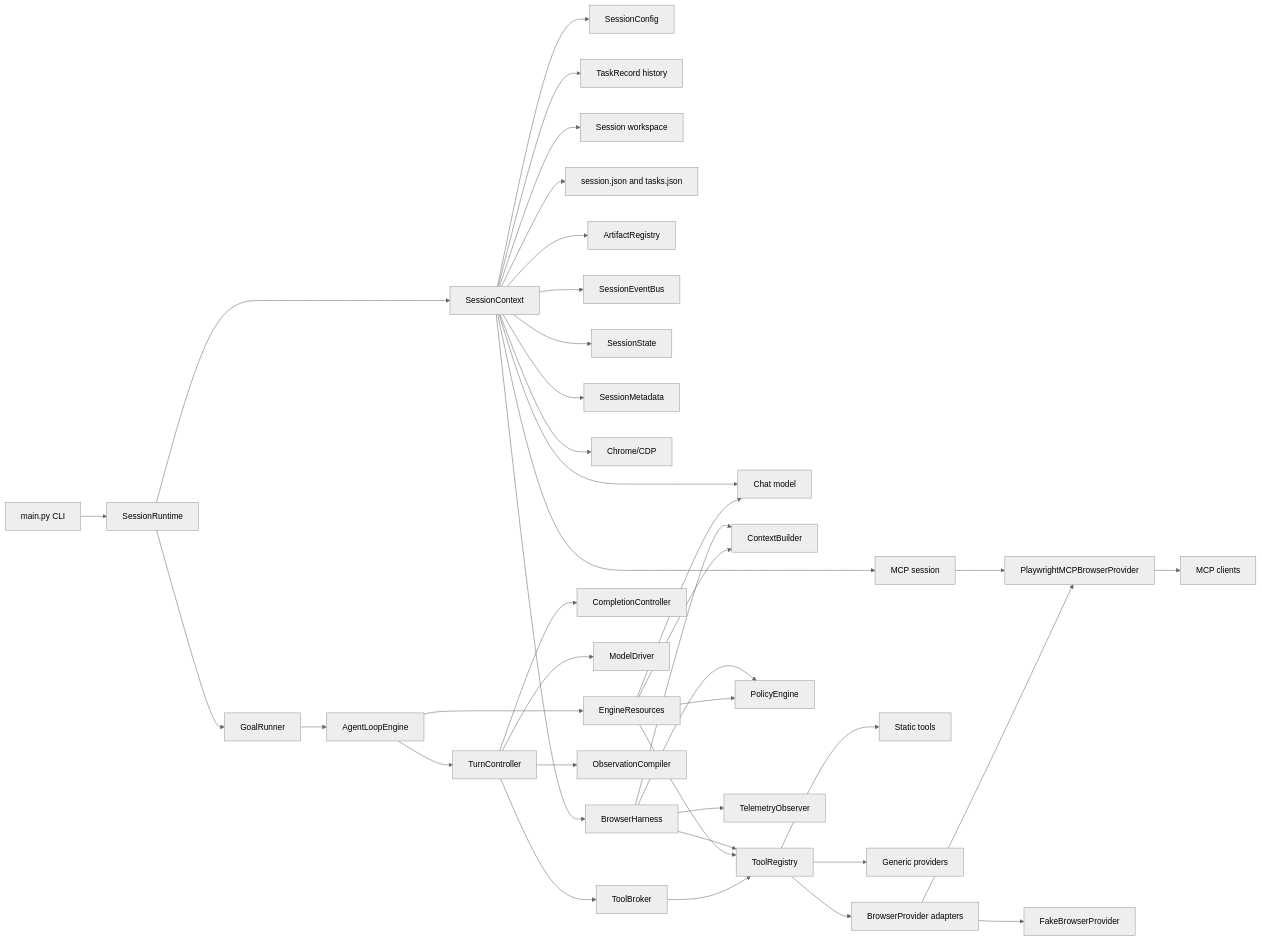
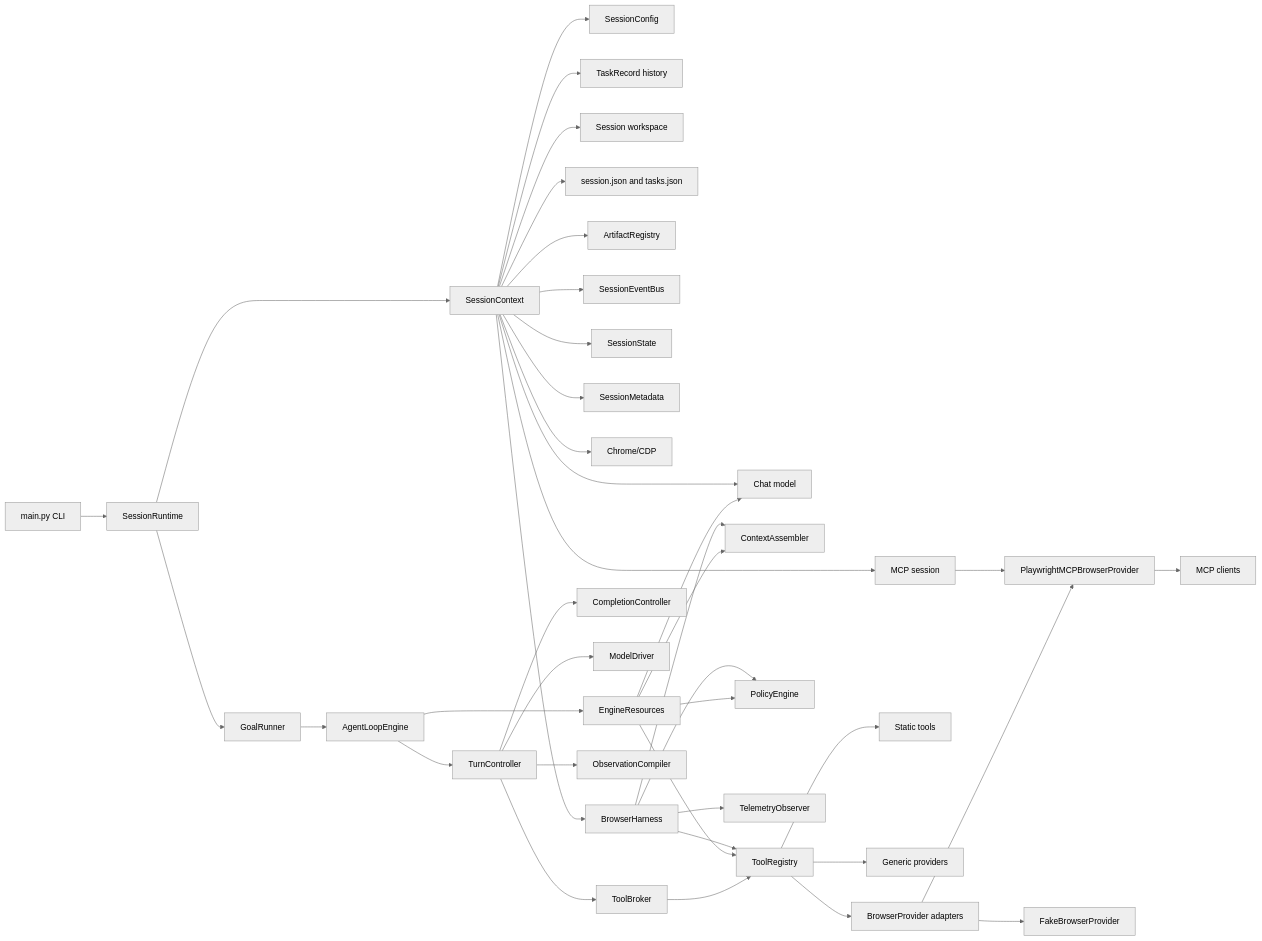
One commit to Hastur456/AutoBrowser changed the diagram in docs/diagrams/harness-boundaries.md. Above: the diagram before and after it, drawn with Mermaid (neutral theme). The commit also changed 17 other files, not shown here.

````diff
--- a/docs/diagrams/harness-boundaries.md
+++ b/docs/diagrams/harness-boundaries.md
@@ -8,41 +8,41 @@
 ```mermaid
 flowchart LR
   CLI[main.py CLI] --> Session[SessionRuntime]
   Session --> SessionCtx[SessionContext]
   SessionCtx --> Config[SessionConfig]
   SessionCtx --> Tasks[TaskRecord history]
   SessionCtx --> Workspace[Session workspace]
   SessionCtx --> SessionFiles[session.json and tasks.json]
   SessionCtx --> Artifacts[ArtifactRegistry]
   SessionCtx --> Events[SessionEventBus]
   SessionCtx --> State[SessionState]
   SessionCtx --> Metadata[SessionMetadata]
   SessionCtx --> LLM[Chat model]
   SessionCtx --> Chrome[Chrome/CDP]
   SessionCtx --> MCPRuntime[MCP session]
   SessionCtx --> Harness[BrowserHarness]
   MCPRuntime --> PlaywrightProvider[PlaywrightMCPBrowserProvider]
   Session --> GoalRunner[GoalRunner]
   GoalRunner --> Engine[AgentLoopEngine]
-  Harness --> ContextBuilder[ContextBuilder]
+  Harness --> ContextAssembler[ContextAssembler]
   Harness --> Tools[ToolRegistry]
   Harness --> Policy[PolicyEngine]
   Harness --> Telemetry[TelemetryObserver]
   Engine --> Resources[EngineResources]
-  Resources --> ContextBuilder
+  Resources --> ContextAssembler
   Resources --> Tools
   Resources --> Policy
   Resources --> LLM
   Tools --> StaticTools[Static tools]
   Tools --> Providers[Generic providers]
   Tools --> BrowserProviders[BrowserProvider adapters]
   BrowserProviders --> PlaywrightProvider
   BrowserProviders --> FakeProvider[FakeBrowserProvider]
   PlaywrightProvider --> MCP[MCP clients]
   Engine --> TurnController[TurnController]
   TurnController --> Completion[CompletionController]
   TurnController --> ModelDriver[ModelDriver]
   TurnController --> ToolBroker[ToolBroker]
   TurnController --> ObsCompiler[ObservationCompiler]
   ToolBroker --> Tools
 ```
````
